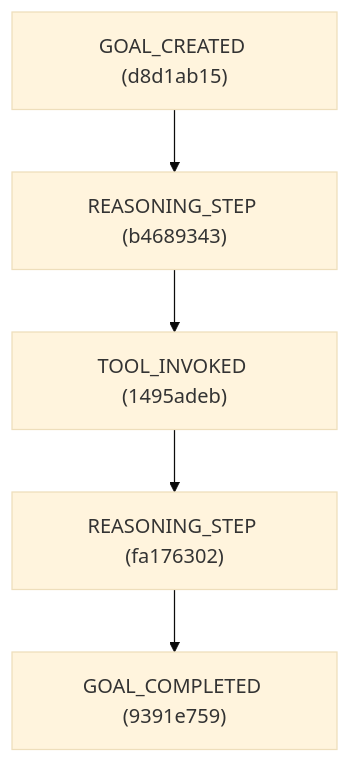
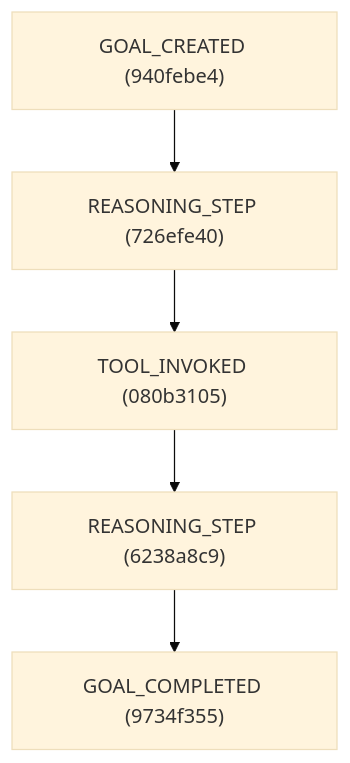
The second of 4 diagrams in research_paper_analysis_visualization.md (miltzhaw/langraph_playground), drawn with Mermaid (base theme) before and after one commit. The commit also changed other lines of this file and 10 other files, not shown here.

````diff
--- a/research_paper_analysis_visualization.md
+++ b/research_paper_analysis_visualization.md
@@ -19,12 +19,12 @@
 ```mermaid
 graph TD
-    d8d1ab15["GOAL_CREATED (d8d1ab15)"]
-    b4689343["REASONING_STEP (b4689343)"]
-    1495adeb["TOOL_INVOKED (1495adeb)"]
-    fa176302["REASONING_STEP (fa176302)"]
-    9391e759["GOAL_COMPLETED (9391e759)"]
-    1495adeb --> fa176302
-    d8d1ab15 --> b4689343
-    b4689343 --> 1495adeb
-    fa176302 --> 9391e759
+    940febe4["GOAL_CREATED (940febe4)"]
+    726efe40["REASONING_STEP (726efe40)"]
+    080b3105["TOOL_INVOKED (080b3105)"]
+    6238a8c9["REASONING_STEP (6238a8c9)"]
+    9734f355["GOAL_COMPLETED (9734f355)"]
+    080b3105 --> 6238a8c9
+    6238a8c9 --> 9734f355
+    726efe40 --> 080b3105
+    940febe4 --> 726efe40
 ```
````
